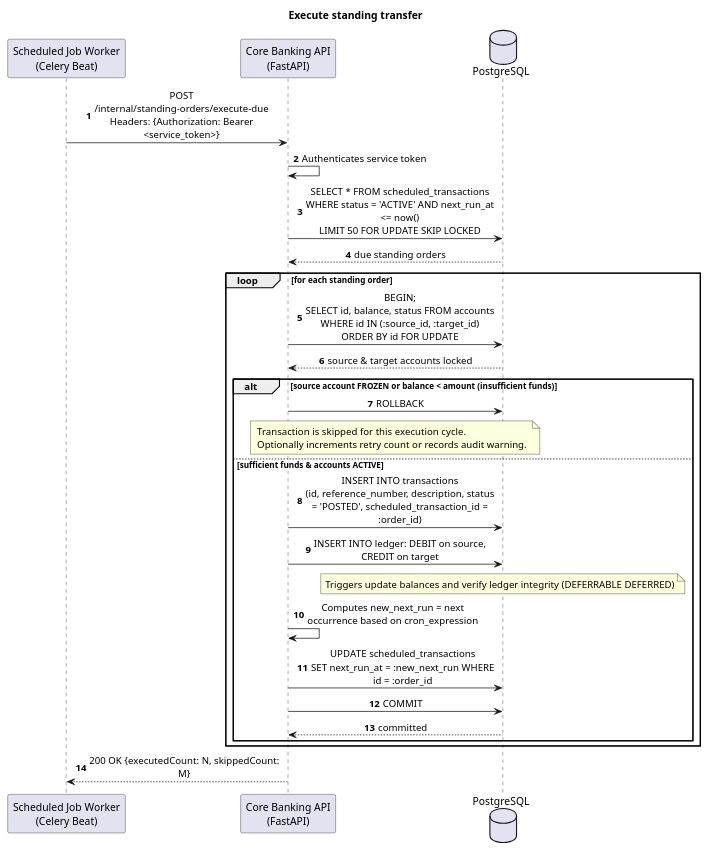
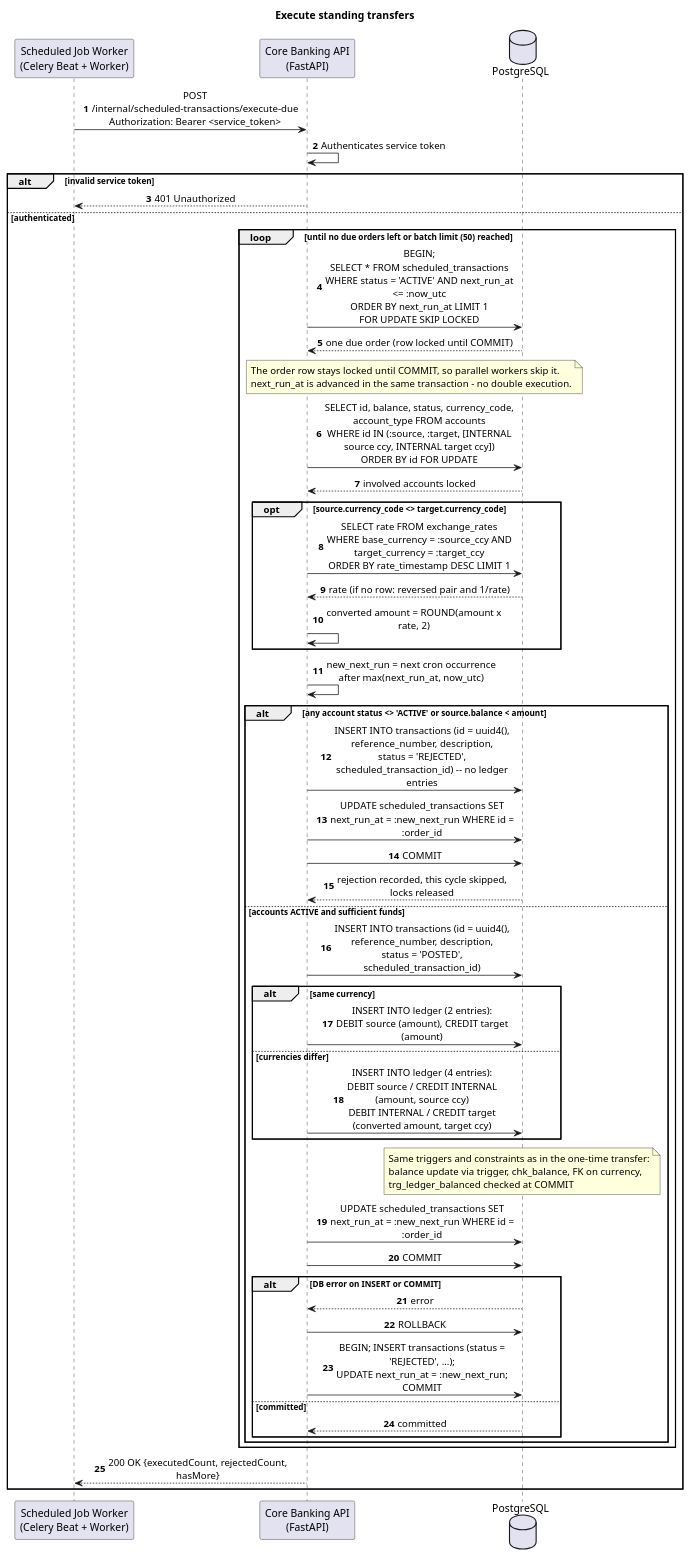
One commit to K0D1Z/software-engineering-project changed the diagram in docs/sequence_diagrams/puml/execute_standing_transfer_sequence.puml. Above: the diagram before and after it, drawn with PlantUML. The commit also changed 5 other files, not shown here.

Commit message:
Fix database issue and develop sequence diagrams

```diff
--- a/docs/sequence_diagrams/puml/execute_standing_transfer_sequence.puml
+++ b/docs/sequence_diagrams/puml/execute_standing_transfer_sequence.puml
@@ -1,41 +1,70 @@
 @startuml
-title Execute standing transfer
+title Execute standing transfers
 autonumber
 skinparam sequenceMessageAlign center
 skinparam responseMessageBelowArrow false
 skinparam maxMessageSize 260
 
-participant "Scheduled Job Worker\n(Celery Beat)" as worker
+participant "Scheduled Job Worker\n(Celery Beat + Worker)" as worker
 participant "Core Banking API\n(FastAPI)" as api
 database "PostgreSQL" as db
 
-worker -> api : POST /internal/standing-orders/execute-due\nHeaders: {Authorization: Bearer <service_token>}
+worker -> api : POST /internal/scheduled-transactions/execute-due\nAuthorization: Bearer <service_token>
 api -> api : Authenticates service token
-api -> db : SELECT * FROM scheduled_transactions\nWHERE status = 'ACTIVE' AND next_run_at <= now()\nLIMIT 50 FOR UPDATE SKIP LOCKED
-db --> api : due standing orders
 
-loop for each standing order
-    api -> db : BEGIN;\nSELECT id, balance, status FROM accounts\nWHERE id IN (:source_id, :target_id) ORDER BY id FOR UPDATE
-    db --> api : source & target accounts locked
-    
-    alt source account FROZEN or balance < amount (insufficient funds)
-        api -> db : ROLLBACK
-        note over api, db
-            Transaction is skipped for this execution cycle.
-            Optionally increments retry count or records audit warning.
+alt invalid service token
+    api --> worker : 401 Unauthorized
+else authenticated
+
+loop until no due orders left or batch limit (50) reached
+    api -> db : BEGIN;\nSELECT * FROM scheduled_transactions\nWHERE status = 'ACTIVE' AND next_run_at <= :now_utc\nORDER BY next_run_at LIMIT 1\nFOR UPDATE SKIP LOCKED
+    db --> api : one due order (row locked until COMMIT)
+
+    note over api, db
+        The order row stays locked until COMMIT, so parallel workers skip it.
+        next_run_at is advanced in the same transaction - no double execution.
+    end note
+
+    api -> db : SELECT id, balance, status, currency_code, account_type FROM accounts\nWHERE id IN (:source, :target, [INTERNAL source ccy, INTERNAL target ccy])\nORDER BY id FOR UPDATE
+    db --> api : involved accounts locked
+
+    opt source.currency_code <> target.currency_code
+        api -> db : SELECT rate FROM exchange_rates\nWHERE base_currency = :source_ccy AND target_currency = :target_ccy\nORDER BY rate_timestamp DESC LIMIT 1
+        db --> api : rate (if no row: reversed pair and 1/rate)
+        api -> api : converted amount = ROUND(amount x rate, 2)
+    end
+
+    api -> api : new_next_run = next cron occurrence after max(next_run_at, now_utc)
+
+    alt any account status <> 'ACTIVE' or source.balance < amount
+        api -> db : INSERT INTO transactions (id = uuid4(), reference_number, description,\nstatus = 'REJECTED', scheduled_transaction_id) -- no ledger entries
+        api -> db : UPDATE scheduled_transactions SET next_run_at = :new_next_run WHERE id = :order_id
+        api -> db : COMMIT
+        db --> api : rejection recorded, this cycle skipped, locks released
+    else accounts ACTIVE and sufficient funds
+        api -> db : INSERT INTO transactions (id = uuid4(), reference_number, description,\nstatus = 'POSTED', scheduled_transaction_id)
+        alt same currency
+            api -> db : INSERT INTO ledger (2 entries):\nDEBIT source (amount), CREDIT target (amount)
+        else currencies differ
+            api -> db : INSERT INTO ledger (4 entries):\nDEBIT source / CREDIT INTERNAL (amount, source ccy)\nDEBIT INTERNAL / CREDIT target (converted amount, target ccy)
+        end
+        note over db
+            Same triggers and constraints as in the one-time transfer:
+            balance update via trigger, chk_balance, FK on currency,
+            trg_ledger_balanced checked at COMMIT
         end note
-    else sufficient funds & accounts ACTIVE
-        api -> db : INSERT INTO transactions\n(id, reference_number, description, status = 'POSTED', scheduled_transaction_id = :order_id)
-        api -> db : INSERT INTO ledger: DEBIT on source, CREDIT on target
-        note over db
-            Triggers update balances and verify ledger integrity (DEFERRABLE DEFERRED)
-        end note
-        api -> api : Computes new_next_run = next occurrence based on cron_expression
-        api -> db : UPDATE scheduled_transactions\nSET next_run_at = :new_next_run WHERE id = :order_id
+        api -> db : UPDATE scheduled_transactions SET next_run_at = :new_next_run WHERE id = :order_id
         api -> db : COMMIT
-        db --> api : committed
+        alt DB error on INSERT or COMMIT
+            db --> api : error
+            api -> db : ROLLBACK
+            api -> db : BEGIN; INSERT transactions (status = 'REJECTED', ...);\nUPDATE next_run_at = :new_next_run; COMMIT
+        else committed
+            db --> api : committed
+        end
     end
 end
 
-api --> worker : 200 OK {executedCount: N, skippedCount: M}
+api --> worker : 200 OK {executedCount, rejectedCount, hasMore}
+end
 @enduml
```
